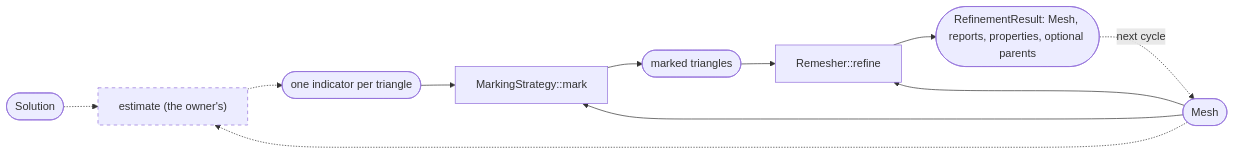
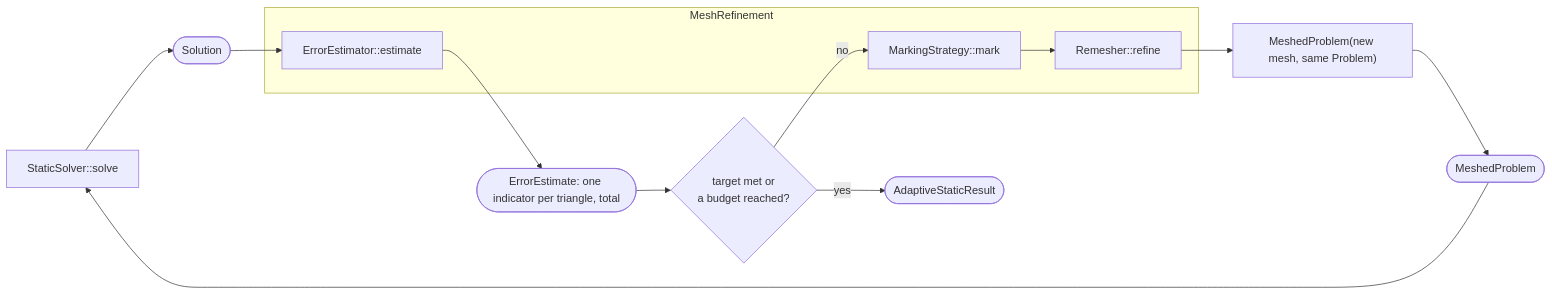
Diagram 12 of 12 in docs/architecture.md (dmglushko/2d-pde), drawn with Mermaid before and after one commit. The commit also changed other lines of this file and 4 other files, not shown here.

First line of the commit message:
Docs for the estimators, adaptations and the static adaptive loop; the loop refuses adaptations that break their declarations

````diff
--- a/docs/architecture.md
+++ b/docs/architecture.md
@@ -1486,25 +1494,22 @@
 ```mermaid
 flowchart LR
-    EST["estimate (the owner's)"]
+    SOLVE["StaticSolver::solve"]
+    EST["ErrorEstimator::estimate"]
+    STOP{"target met or<br/>a budget reached?"}
     MK["MarkingStrategy::mark"]
     RF["Remesher::refine"]
+    NEW["MeshedProblem(new mesh, same Problem)"]
+    MP([MeshedProblem])
     SOL([Solution])
-    ETA([one indicator per triangle])
-    MKD([marked triangles])
-    M([Mesh])
-    RR(["RefinementResult: Mesh, reports, properties, optional parents"])
+    ETA(["ErrorEstimate: one indicator per triangle, total"])
+    OUT(["AdaptiveStaticResult"])
 
-    SOL -.-> EST
-    M -.-> EST
-    EST -.-> ETA
-    ETA --> MK
-    M --> MK
-    MK --> MKD
-    MKD --> RF
-    M --> RF
-    RF --> RR
-    RR -. next cycle .-> M
-
-    classDef owner stroke-dasharray: 5 5
-    class EST owner
+    MP --> SOLVE --> SOL --> EST --> ETA --> STOP
+    STOP -- yes --> OUT
+    STOP -- no --> MK --> RF --> NEW --> MP
+    subgraph MeshRefinement
+        EST
+        MK
+        RF
+    end
 ```
````
